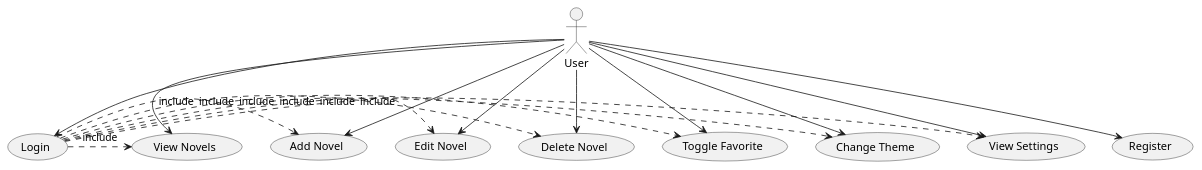
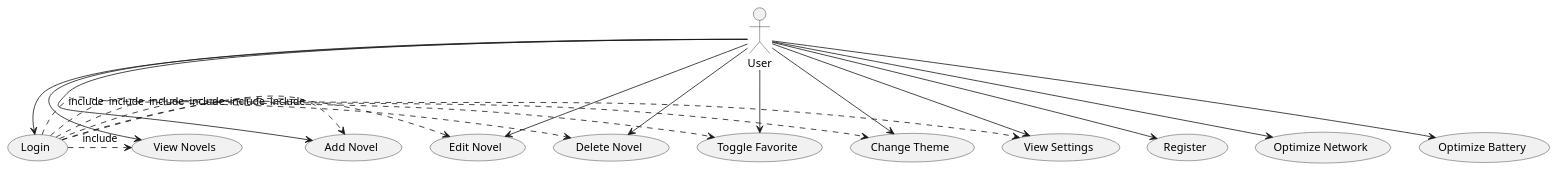
The diagram in app/src/main/java/uml/Diagrama-CasosDeUso.puml (MarckosBilbo/Feedback1-AplicaciondeGestiondeNovelass), drawn with PlantUML before and after one commit.

Commit message:
Update Diagrama-CasosDeUso.puml
Casos de uso en base a nueva optimizacion bateria/red que debemos analizar cuando tengamos el profiler

```diff
--- a/app/src/main/java/uml/Diagrama-CasosDeUso.puml
+++ b/app/src/main/java/uml/Diagrama-CasosDeUso.puml
@@ -1,31 +1,36 @@
 @startuml
 actor User
 
 usecase "Login" as UC1
 usecase "Register" as UC2
 usecase "View Novels" as UC3
 usecase "Add Novel" as UC4
 usecase "Edit Novel" as UC5
 usecase "Delete Novel" as UC6
 usecase "Toggle Favorite" as UC7
 usecase "Change Theme" as UC8
 usecase "View Settings" as UC9
+usecase "Optimize Network" as UC10
+usecase "Optimize Battery" as UC11
 
 User --> UC1
 User --> UC2
 User --> UC3
 User --> UC4
 User --> UC5
 User --> UC6
 User --> UC7
 User --> UC8
 User --> UC9
+User --> UC10
+User --> UC11
+
 
 UC1 .> UC3 : include
 UC1 .> UC4 : include
 UC1 .> UC5 : include
 UC1 .> UC6 : include
 UC1 .> UC7 : include
 UC1 .> UC8 : include
 UC1 .> UC9 : include
 @enduml
```
